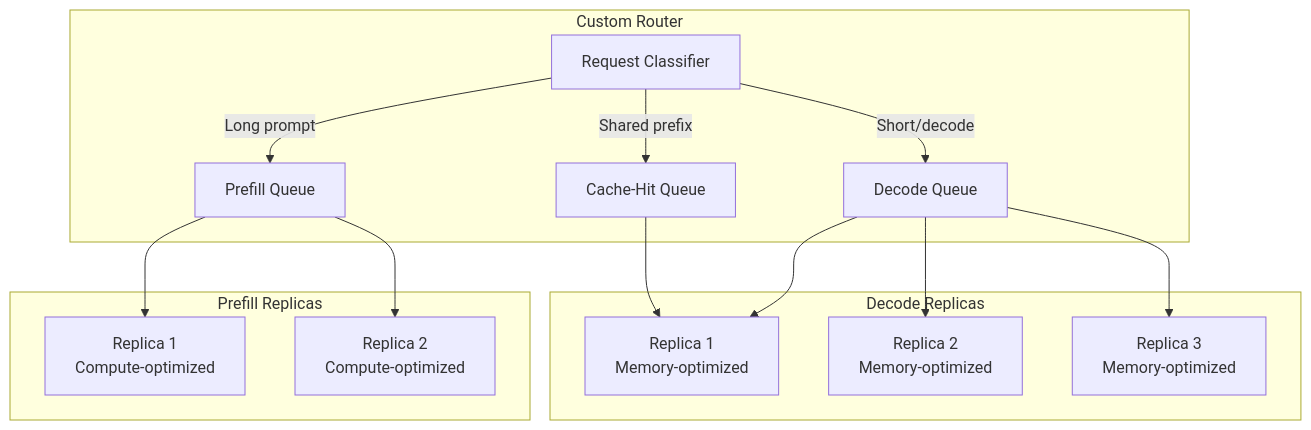
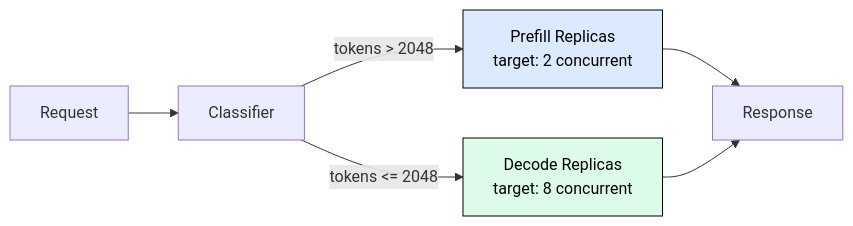
One commit to harshuljain13/llm-inference-at-scale changed the fourth of 4 diagrams in content/08_serving/07.4_disaggregated_serving/disaggregated_serving.md. Above: the diagram before and after it, drawn with Mermaid. The commit also changed other lines of this file and 89 other files, not shown here.

````diff
--- a/content/08_serving/07.4_disaggregated_serving/disaggregated_serving.md
+++ b/content/08_serving/07.4_disaggregated_serving/disaggregated_serving.md
@@ -587,24 +121,10 @@
 ```mermaid
-flowchart TB
-    subgraph Router["Custom Router"]
-        R[Request Classifier]
-        R --> |Long prompt| PQ[Prefill Queue]
-        R --> |Short/decode| DQ[Decode Queue]
-        R --> |Shared prefix| CQ[Cache-Hit Queue]
-    end
-
-    subgraph Prefill["Prefill Replicas"]
-        P1[Replica 1<br/>Compute-optimized]
-        P2[Replica 2<br/>Compute-optimized]
-    end
-
-    subgraph Decode["Decode Replicas"]
-        D1[Replica 1<br/>Memory-optimized]
-        D2[Replica 2<br/>Memory-optimized]
-        D3[Replica 3<br/>Memory-optimized]
-    end
-
-    PQ --> P1 & P2
-    DQ --> D1 & D2 & D3
-    CQ --> D1
+flowchart LR
+    Req[Request] --> Class[Classifier]
+    Class -->|tokens > 2048| PQ[Prefill Replicas<br/>target: 2 concurrent]
+    Class -->|tokens <= 2048| DQ[Decode Replicas<br/>target: 8 concurrent]
+    PQ --> Out[Response]
+    DQ --> Out
+    style PQ fill:#dbeafe,stroke:#000,color:#000
+    style DQ fill:#dcfce7,stroke:#000,color:#000
 ```
````
